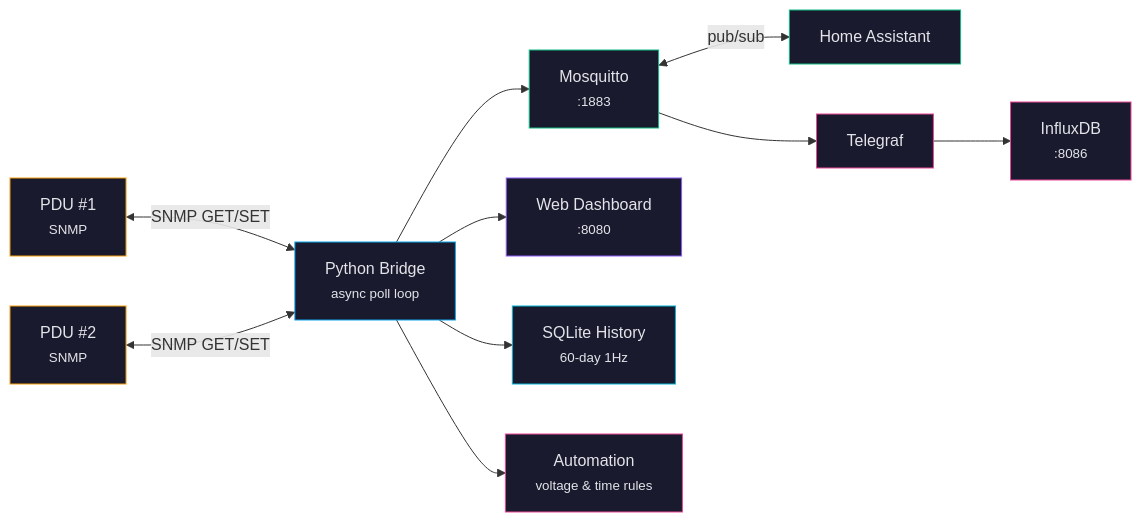
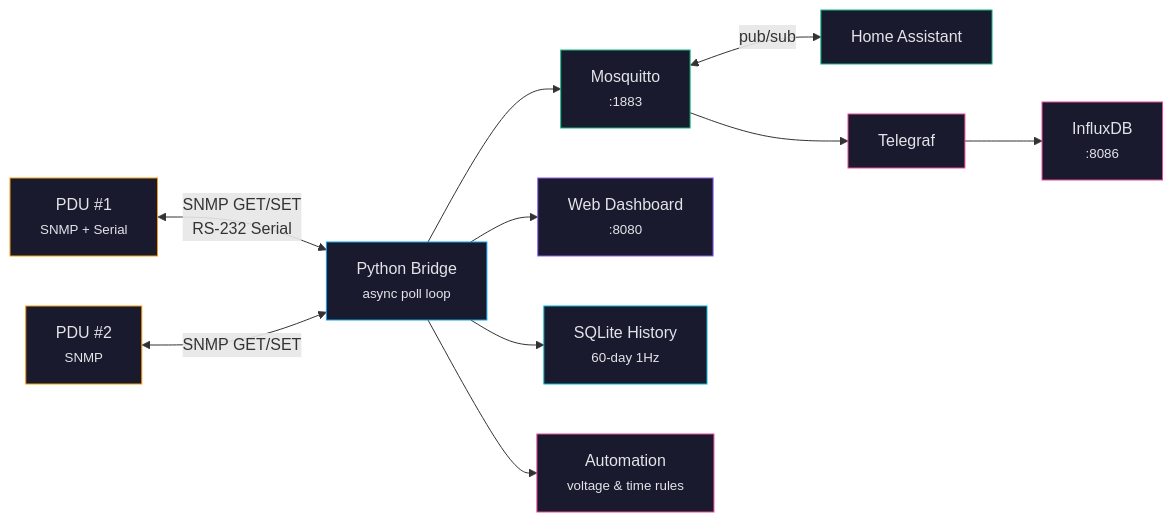
One commit to mvalancy/CyberPower-PDU changed the diagram in README.md. Above: the diagram before and after it, drawn with Mermaid. The commit also changed other lines of this file and 74 other files, not shown here.

First line of the commit message:
Add serial transport, full PDU management, and switch to GPL-3.0

````diff
--- a/README.md
+++ b/README.md
@@ -47,33 +47,33 @@
 ```mermaid
 graph LR
-    PDU1["PDU #1<br/><small>SNMP</small>"]
+    PDU1["PDU #1<br/><small>SNMP + Serial</small>"]
     PDU2["PDU #2<br/><small>SNMP</small>"]
     Bridge["Python Bridge<br/><small>async poll loop</small>"]
     MQTT["Mosquitto<br/><small>:1883</small>"]
     WebUI["Web Dashboard<br/><small>:8080</small>"]
     SQLite["SQLite History<br/><small>60-day 1Hz</small>"]
     Rules["Automation<br/><small>voltage &amp; time rules</small>"]
     HA["Home Assistant"]
     Telegraf["Telegraf"]
     InfluxDB["InfluxDB<br/><small>:8086</small>"]
 
-    PDU1 <-->|"SNMP GET/SET"| Bridge
+    PDU1 <-->|"SNMP GET/SET<br/>RS-232 Serial"| Bridge
     PDU2 <-->|"SNMP GET/SET"| Bridge
     Bridge --> MQTT
     Bridge --> WebUI
     Bridge --> SQLite
     Bridge --> Rules
     MQTT <-->|"pub/sub"| HA
     MQTT --> Telegraf --> InfluxDB
 
     style PDU1 fill:#1a1a2e,stroke:#f59e0b,color:#e2e4e9
     style PDU2 fill:#1a1a2e,stroke:#f59e0b,color:#e2e4e9
     style Bridge fill:#1a1a2e,stroke:#0ea5e9,color:#e2e4e9
     style MQTT fill:#1a1a2e,stroke:#10b981,color:#e2e4e9
     style WebUI fill:#1a1a2e,stroke:#8b5cf6,color:#e2e4e9
     style SQLite fill:#1a1a2e,stroke:#06b6d4,color:#e2e4e9
     style Rules fill:#1a1a2e,stroke:#ec4899,color:#e2e4e9
     style HA fill:#1a1a2e,stroke:#10b981,color:#e2e4e9
     style Telegraf fill:#1a1a2e,stroke:#ec4899,color:#e2e4e9
     style InfluxDB fill:#1a1a2e,stroke:#ec4899,color:#e2e4e9
 ```
````
